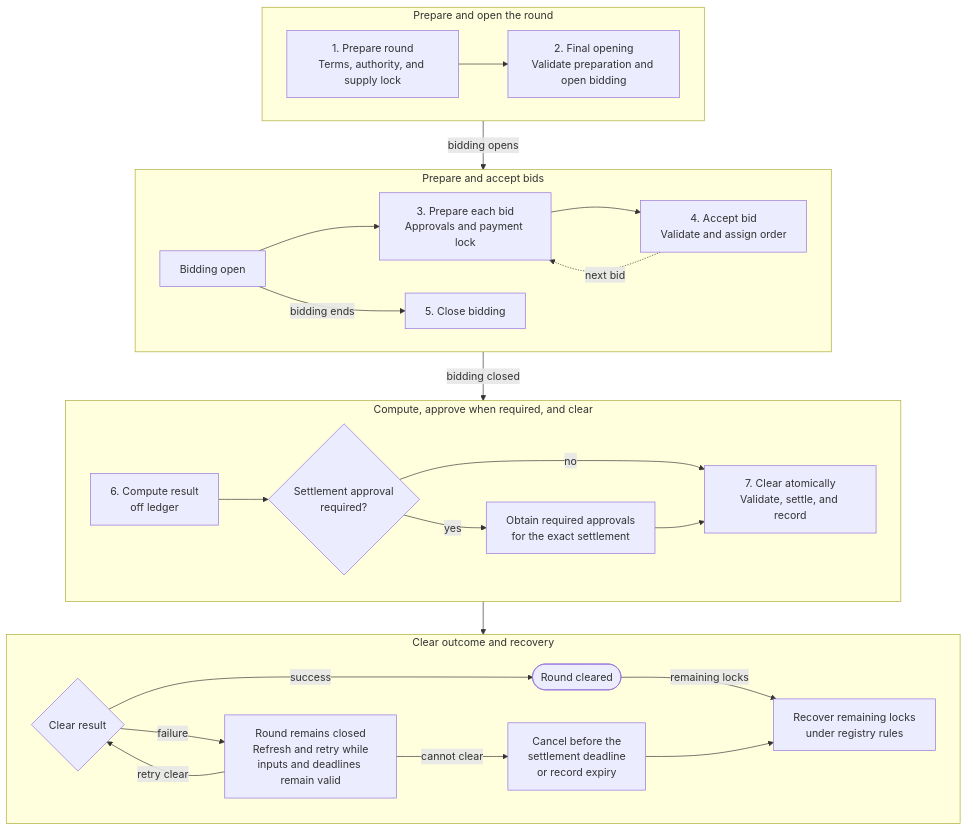
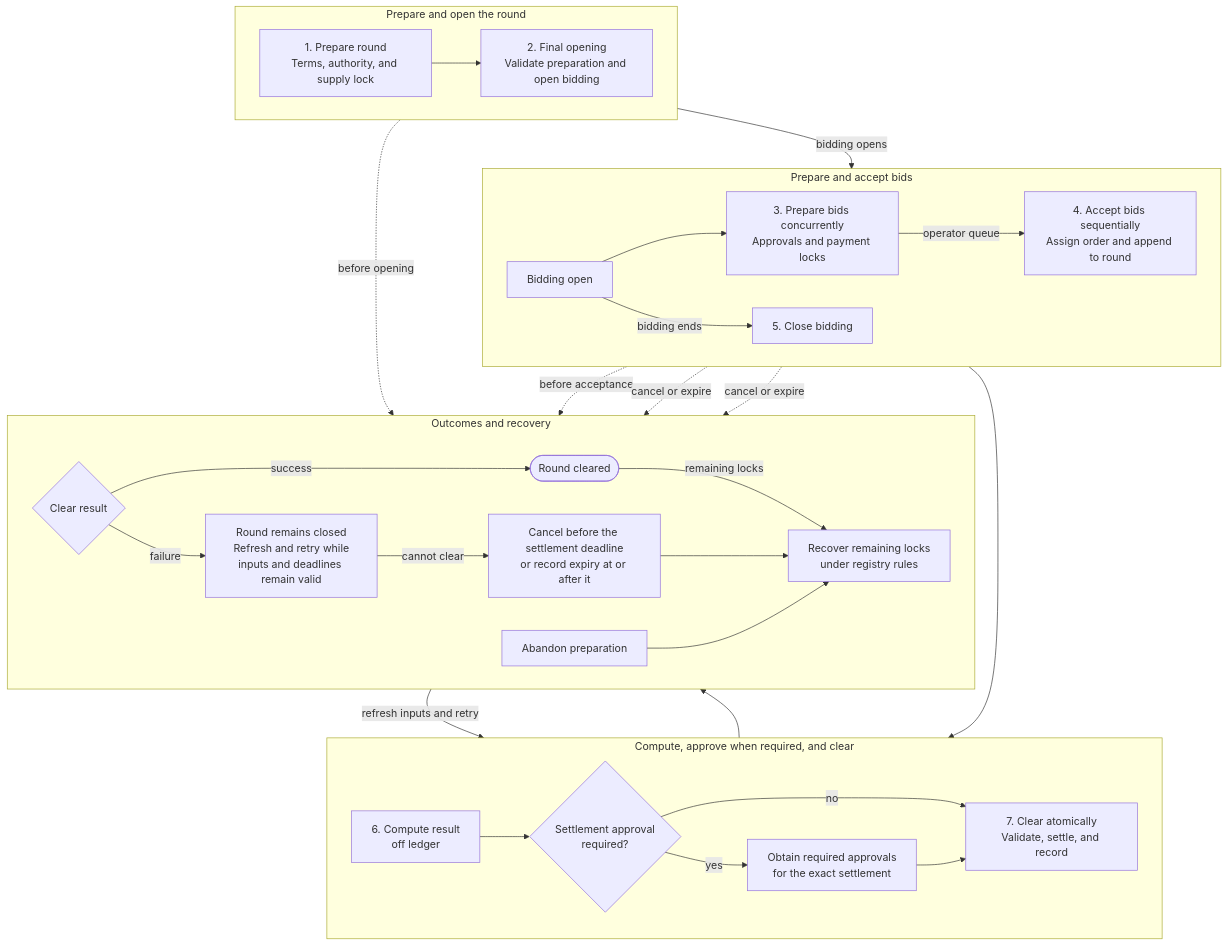
The second of 5 diagrams in docs/reference-architectures/confidential-auction.md (OpenZeppelin/canton-specs), drawn with Mermaid before and after one commit. The commit also changed other lines of this file, not shown here.

First line of the commit message:
[Confidential Auction] Deeper flow descriptions and technical corrections (#200)

````diff
--- a/docs/reference-architectures/confidential-auction.md
+++ b/docs/reference-architectures/confidential-auction.md
@@ -178,56 +297,61 @@
 ```mermaid
 flowchart TB
     subgraph Setup["Prepare and open the round"]
         direction LR
         PrepareRound["1. Prepare round<br/>Terms, authority, and supply lock"]
         Open["2. Final opening<br/>Validate preparation and open bidding"]
 
         PrepareRound --> Open
     end
 
     subgraph Bidding["Prepare and accept bids"]
         direction LR
         BiddingOpen["Bidding open"]
-        PrepareBid["3. Prepare each bid<br/>Approvals and payment lock"]
-        AcceptBid["4. Accept bid<br/>Validate and assign order"]
+        PrepareBid["3. Prepare bids concurrently<br/>Approvals and payment locks"]
+        AcceptBid["4. Accept bids sequentially<br/>Assign order and append to round"]
         Close["5. Close bidding"]
 
         BiddingOpen --> PrepareBid
-        PrepareBid --> AcceptBid
-        AcceptBid -.->|"next bid"| PrepareBid
+        PrepareBid -->|"operator queue"| AcceptBid
         BiddingOpen -->|"bidding ends"| Close
     end
 
     subgraph Clearing["Compute, approve when required, and clear"]
         direction LR
         Compute["6. Compute result<br/>off ledger"]
         ApprovalNeeded{"Settlement approval<br/>required?"}
         Approval["Obtain required approvals<br/>for the exact settlement"]
         Clear["7. Clear atomically<br/>Validate, settle, and record"]
 
         Compute --> ApprovalNeeded
         ApprovalNeeded -->|"no"| Clear
         ApprovalNeeded -->|"yes"| Approval
         Approval --> Clear
     end
 
-    subgraph Resolution["Clear outcome and recovery"]
+    subgraph Resolution["Outcomes and recovery"]
         direction LR
         Outcome{"Clear result"}
         Cleared([Round cleared])
         Retry["Round remains closed<br/>Refresh and retry while<br/>inputs and deadlines remain valid"]
-        End["Cancel before the<br/>settlement deadline<br/>or record expiry"]
+        End["Cancel before the settlement deadline<br/>or record expiry at or after it"]
+        Abandon["Abandon preparation"]
         Recover["Recover remaining locks<br/>under registry rules"]
 
         Outcome -->|"success"| Cleared
         Outcome -->|"failure"| Retry
-        Retry -->|"retry clear"| Outcome
+        Retry -->|"refresh inputs and retry"| Compute
         Retry -->|"cannot clear"| End
         Cleared -->|"remaining locks"| Recover
         End --> Recover
+        Abandon --> Recover
     end
 
-    Setup -->|"bidding opens"| Bidding
-    Bidding -->|"bidding closed"| Clearing
-    Clearing --> Resolution
+    Open -->|"bidding opens"| BiddingOpen
+    Close --> Compute
+    Clear --> Outcome
+    PrepareRound -.->|"before opening"| Abandon
+    PrepareBid -.->|"before acceptance"| Abandon
+    BiddingOpen -.->|"cancel or expire"| End
+    Close -.->|"cancel or expire"| End
 ```
````
